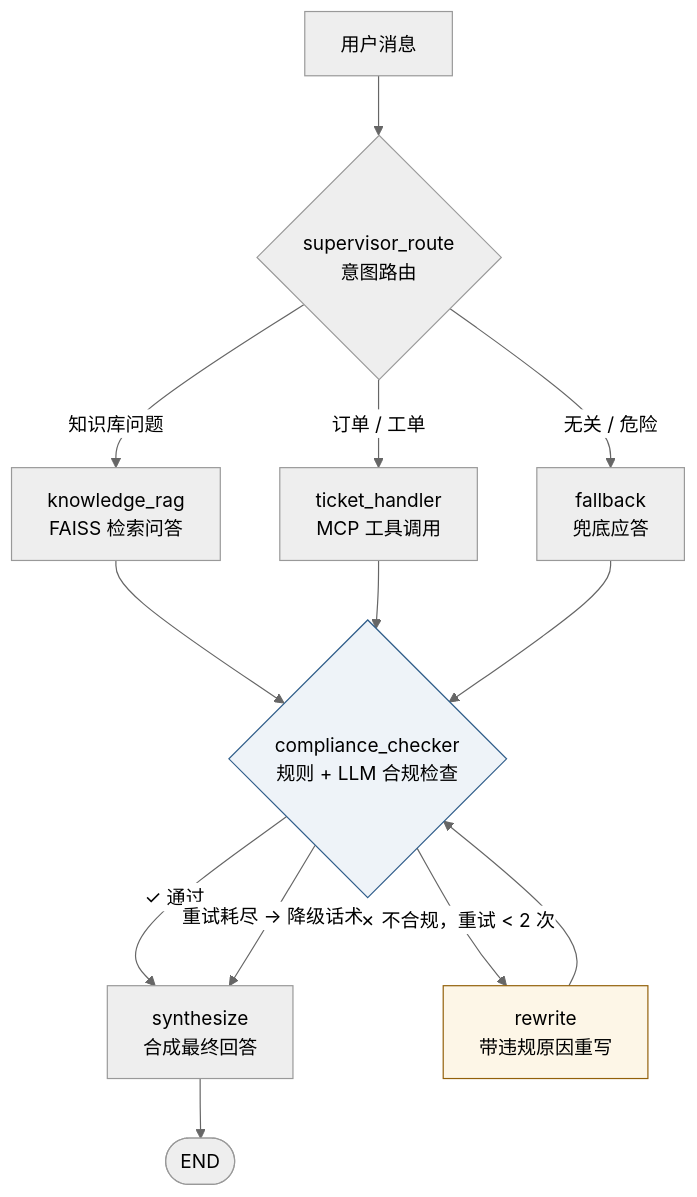
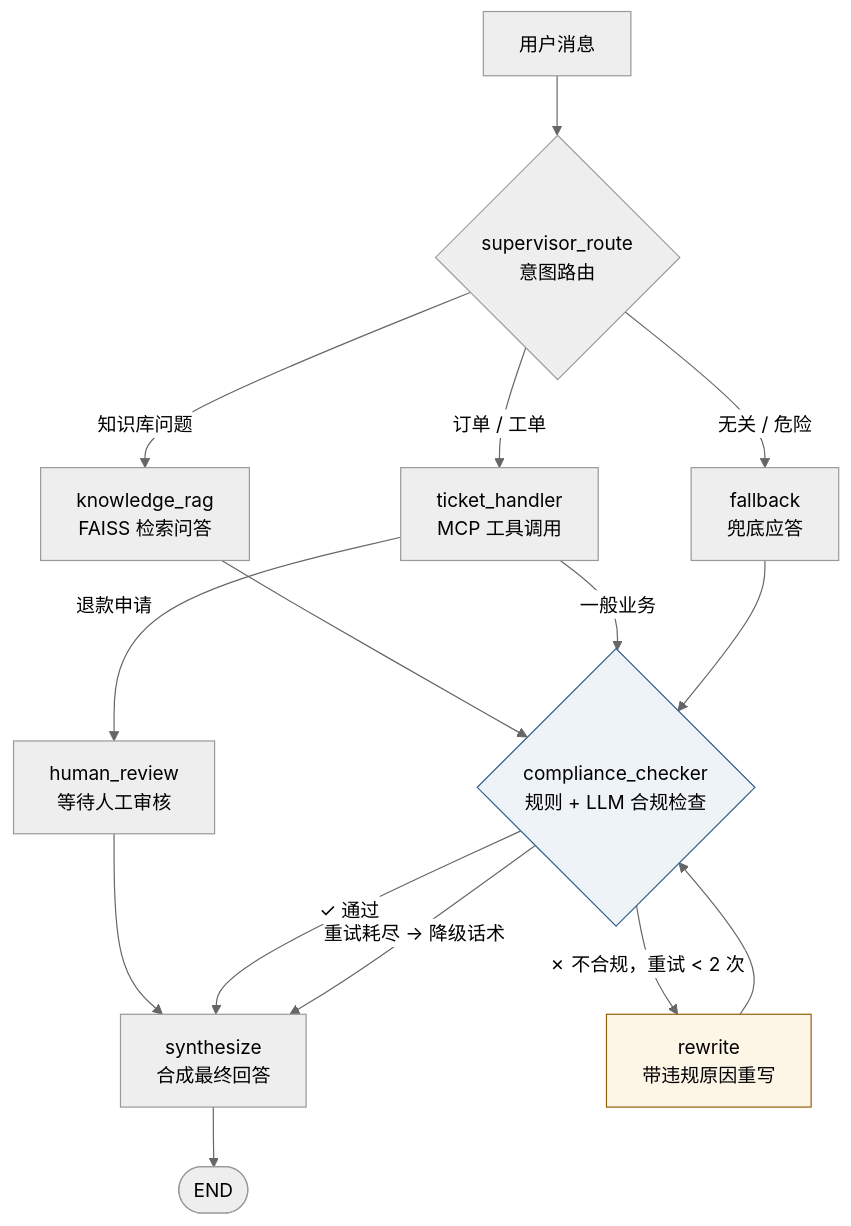
One commit to Keviniscool-boy/agents-on-duty changed the diagram in README.md. Above: the diagram before and after it, drawn with Mermaid (neutral theme). The commit also changed other lines of this file and 17 other files, not shown here.

````diff
--- a/README.md
+++ b/README.md
@@ -111,18 +111,20 @@
 ```mermaid
 flowchart TD
     U["用户消息"] --> S{"supervisor_route<br/>意图路由"}
     S -->|"知识库问题"| K["knowledge_rag<br/>FAISS 检索问答"]
     S -->|"订单 / 工单"| T["ticket_handler<br/>MCP 工具调用"]
     S -->|"无关 / 危险"| F["fallback<br/>兜底应答"]
     K --> C{"compliance_checker<br/>规则 + LLM 合规检查"}
-    T --> C
+    T -->|"一般业务"| C
+    T -->|"退款申请"| H["human_review<br/>等待人工审核"]
+    H --> SYN
     F --> C
     C -->|"✓ 通过"| SYN["synthesize<br/>合成最终回答"]
     C -->|"✗ 不合规，重试 < 2 次"| R["rewrite<br/>带违规原因重写"]
     R --> C
     C -->|"重试耗尽 → 降级话术"| SYN
     SYN --> E(["END"])
 
     style R fill:#fdf6e7,stroke:#92600a
     style C fill:#eef3f8,stroke:#2f5d8a
 ```
````
